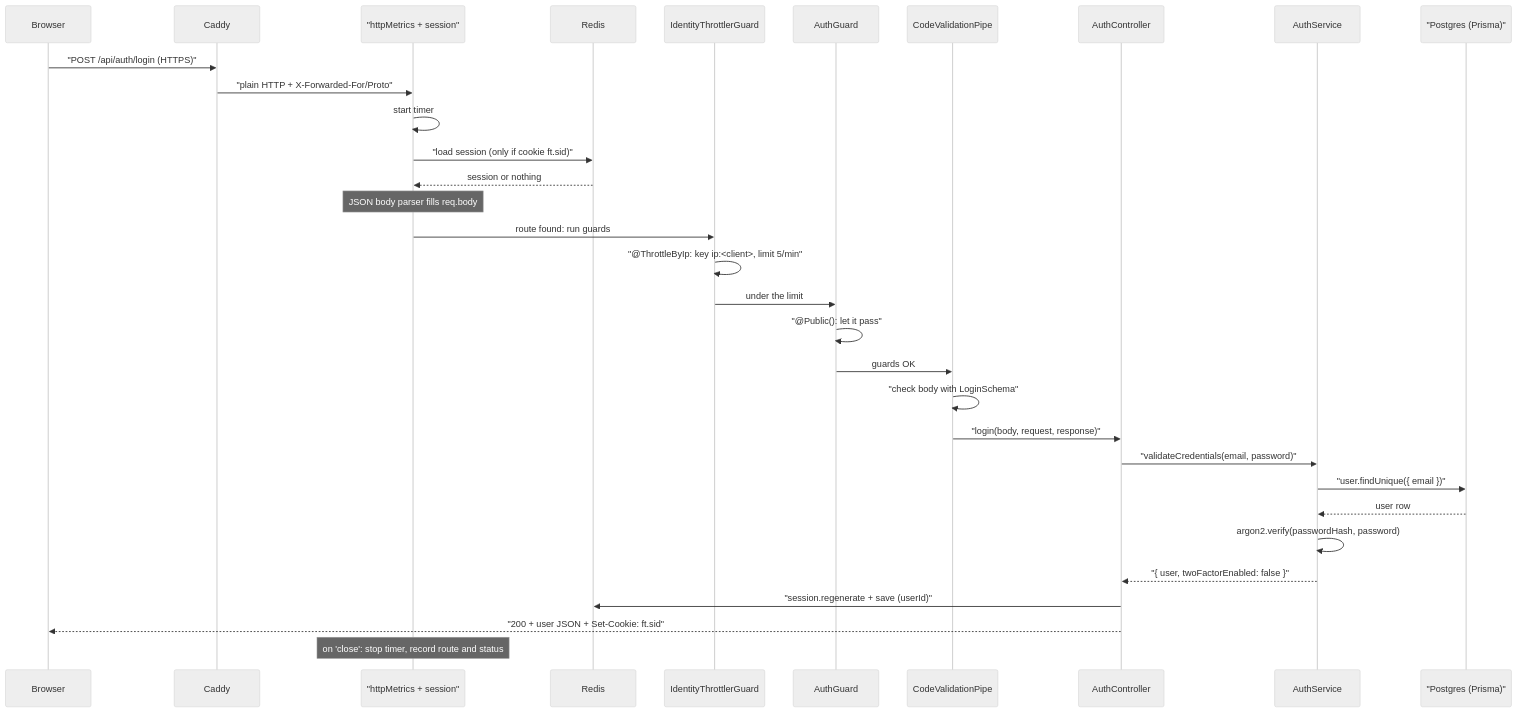
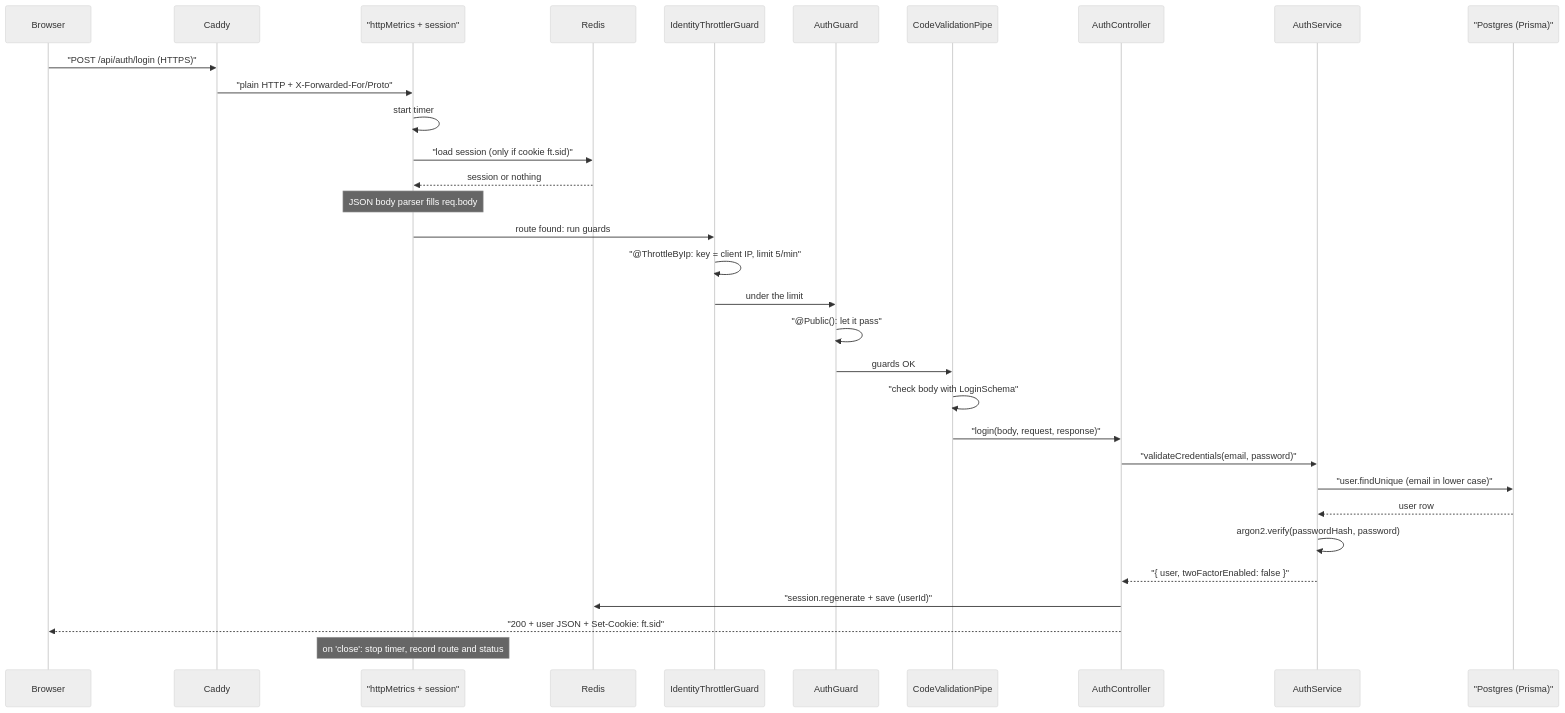
One commit to VictorBro/ft_transcendence changed the sixth of 7 diagrams in docs/api/02-boot-and-request-flow.md. Above: the diagram before and after it, drawn with Mermaid (neutral theme). The commit also changed other lines of this file and 85 other files, not shown here.

````diff
--- a/docs/api/02-boot-and-request-flow.md
+++ b/docs/api/02-boot-and-request-flow.md
@@ -587,35 +600,35 @@
 ```mermaid
 sequenceDiagram
     participant B as Browser
     participant C as Caddy
     participant MW as "httpMetrics + session"
     participant R as Redis
     participant TG as IdentityThrottlerGuard
     participant AG as AuthGuard
     participant P as CodeValidationPipe
     participant CT as AuthController
     participant S as AuthService
     participant DB as "Postgres (Prisma)"
 
     B->>C: "POST /api/auth/login (HTTPS)"
     C->>MW: "plain HTTP + X-Forwarded-For/Proto"
     MW->>MW: start timer
     MW->>R: "load session (only if cookie ft.sid)"
     R-->>MW: session or nothing
     Note over MW: JSON body parser fills req.body
     MW->>TG: route found: run guards
-    TG->>TG: "@ThrottleByIp: key ip:<client>, limit 5/min"
+    TG->>TG: "@ThrottleByIp: key = client IP, limit 5/min"
     TG->>AG: under the limit
     AG->>AG: "@Public(): let it pass"
     AG->>P: guards OK
     P->>P: "check body with LoginSchema"
     P->>CT: "login(body, request, response)"
     CT->>S: "validateCredentials(email, password)"
-    S->>DB: "user.findUnique({ email })"
+    S->>DB: "user.findUnique (email in lower case)"
     DB-->>S: user row
     S->>S: argon2.verify(passwordHash, password)
     S-->>CT: "{ user, twoFactorEnabled: false }"
     CT->>R: "session.regenerate + save (userId)"
     CT-->>B: "200 + user JSON + Set-Cookie: ft.sid"
     Note over MW: on 'close': stop timer, record route and status
 ```
````
